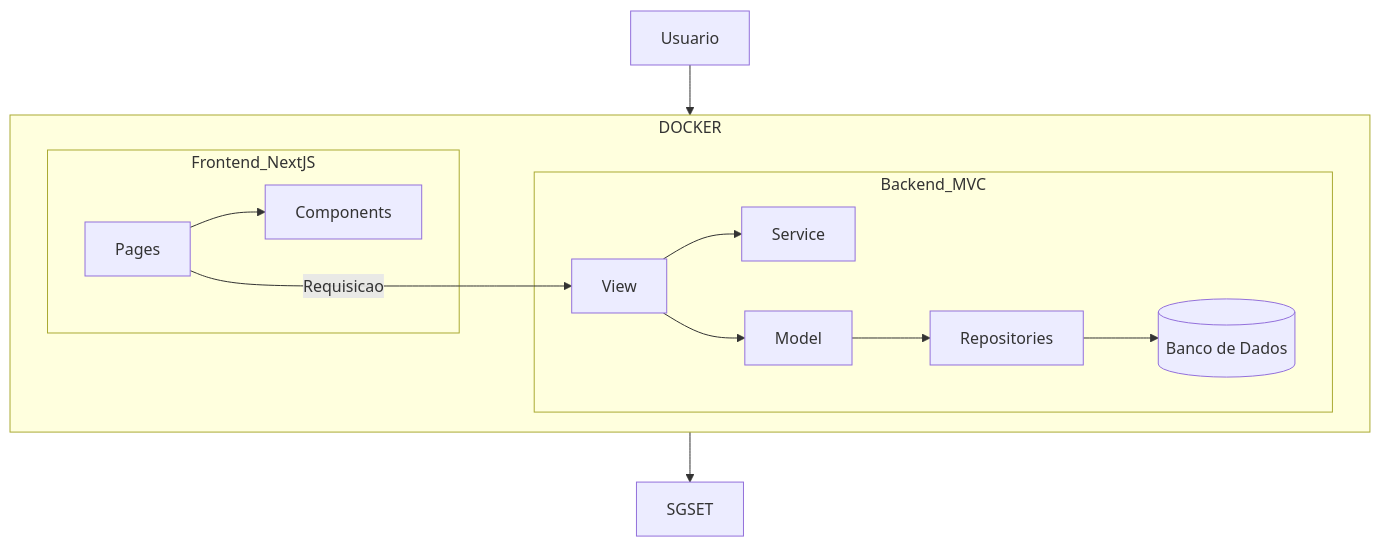
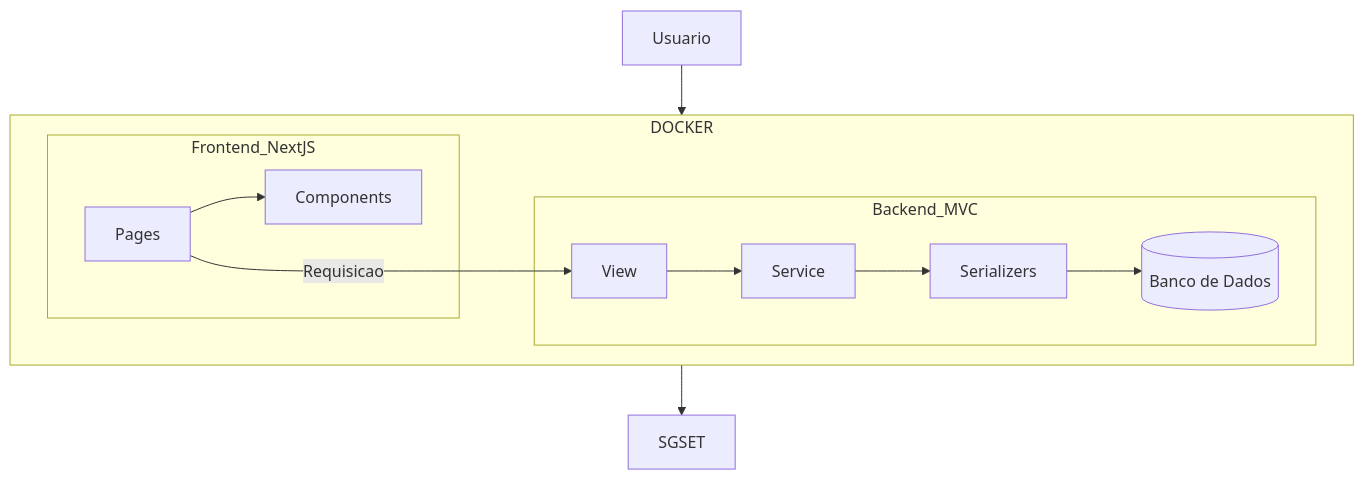
The second of 3 diagrams in docs/backend/diagramas.md (Gestao-FIC/ads_projeto_gestao_fic), drawn with Mermaid before and after one commit. The commit also changed other lines of this file, not shown here.

````diff
--- a/docs/backend/diagramas.md
+++ b/docs/backend/diagramas.md
@@ -57,24 +59,23 @@
 ```mermaid
 graph TD;
     Usuario --> DOCKER[Docker Container];
     DOCKER[Docker Container] --> SGSET;
     
     subgraph DOCKER
         subgraph Backend_MVC
             
             View --> Service;
-            View --> Model;
-            Model --> Repositories;
-            Repositories --> BD_Postgres;
+            Service --> Serializers;
+            Serializers --> BD_Postgres;
         end
         
         subgraph Frontend_NextJS
             
             Pages --> Components;
             Pages --Requisicaoo--> View;
         end
 
         BD_Postgres[(Banco de Dados)]
 
     end;
 ```
````
